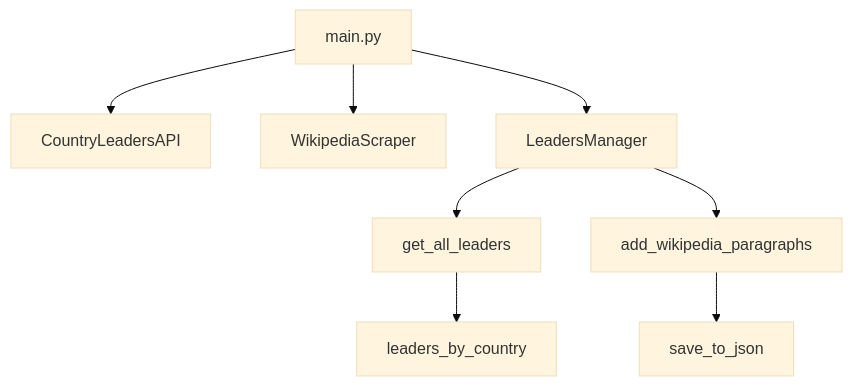
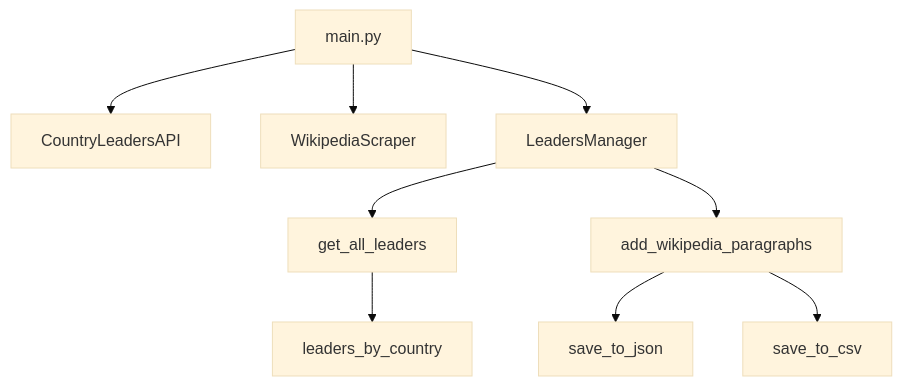
Before and after one commit to michiel-rondelez/wikipedia-scraper: the diagram in README.md, drawn with Mermaid (base theme).

````diff
--- a/README.md
+++ b/README.md
@@ -27,10 +27,11 @@
 ```mermaid
 flowchart TD
   A[main.py] --> B[CountryLeadersAPI]
   A --> C[WikipediaScraper]
   A --> D[LeadersManager]
   D --> E[get_all_leaders]
   E --> F[leaders_by_country]
   D --> G[add_wikipedia_paragraphs]
   G --> H[save_to_json]
+  G --> I[save_to_csv]
 ```
````
